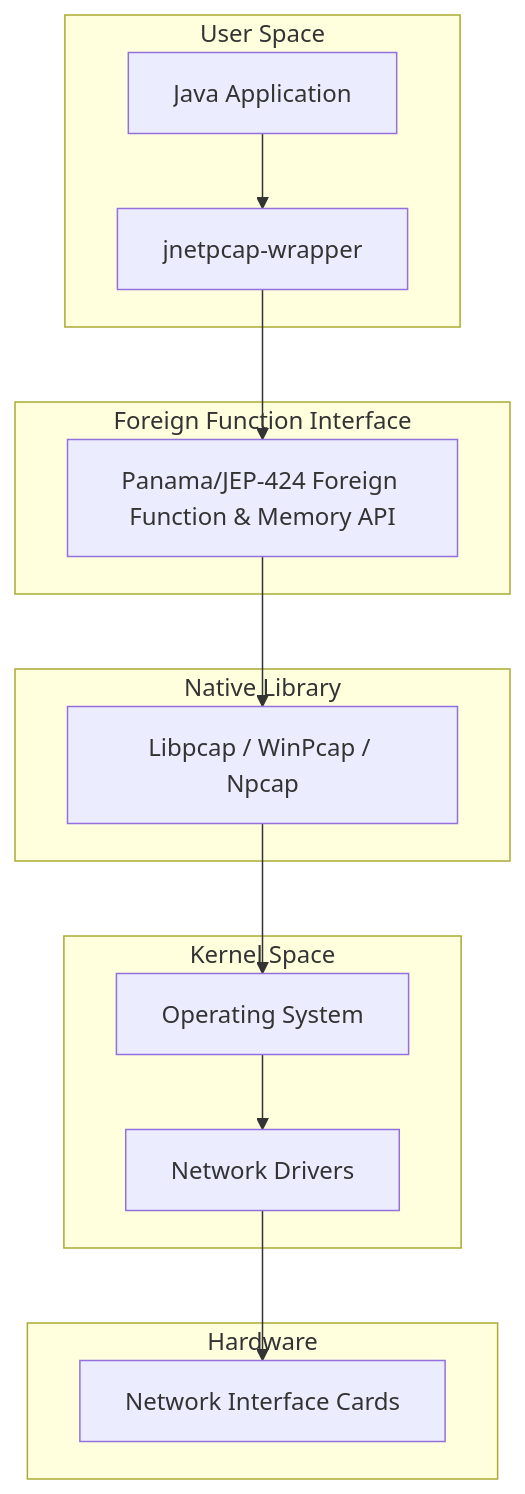
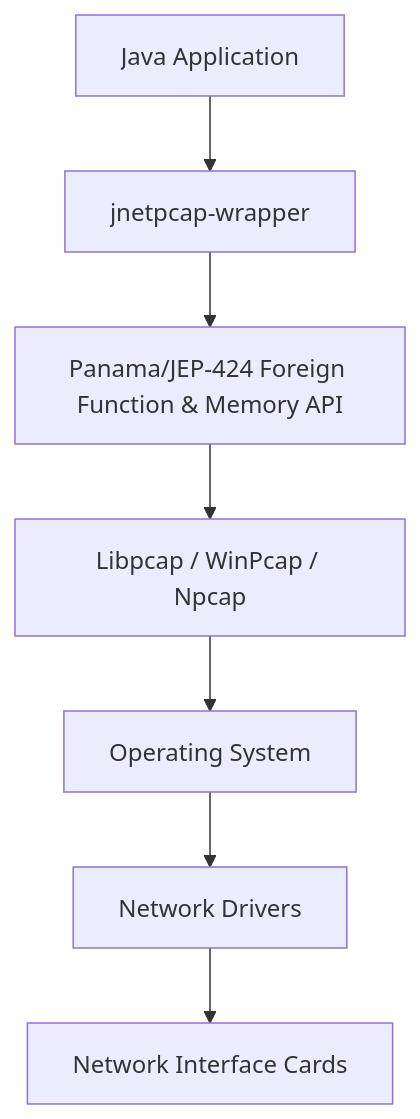
Before and after one commit to slytechs-repos/jnetpcap-wrapper: the diagram in README.md, drawn with Mermaid. The commit also changed other lines of this file, not shown here.

````diff
--- a/README.md
+++ b/README.md
@@ -53,31 +55,9 @@
 ```mermaid
 graph TD
     A[Java Application] --> B[jnetpcap-wrapper]
     B --> C[Panama/JEP-424 Foreign Function & Memory API]
     C --> D[Libpcap / WinPcap / Npcap]
     D --> E[Operating System]
     E --> F[Network Drivers]
     F --> G[Network Interface Cards]
-
-    subgraph "User Space"
-        A
-        B
-    end
-
-    subgraph "Foreign Function Interface"
-        C
-    end
-
-    subgraph "Native Library"
-        D
-    end
-
-    subgraph "Kernel Space"
-        E
-        F
-    end
-
-    subgraph "Hardware"
-        G
-    end
 ```
````
